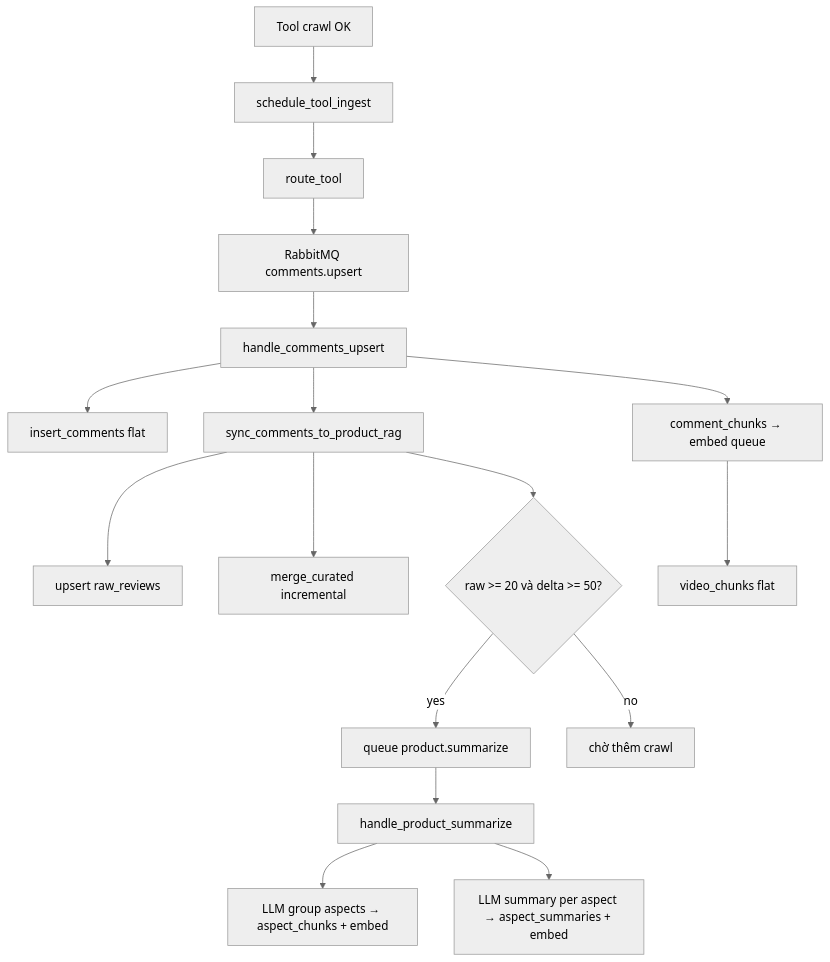
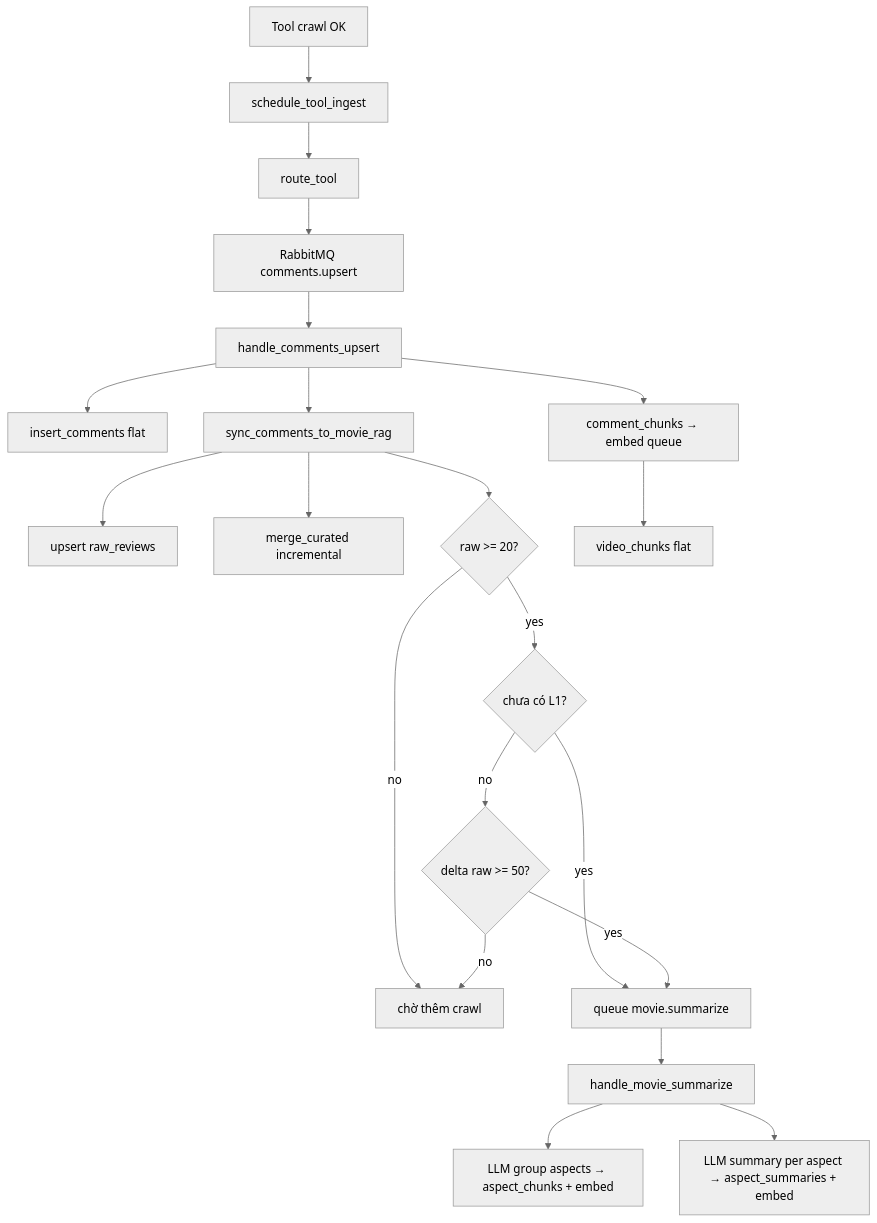
The second of 2 diagrams in docs/RAG-GUIDE.md (himmler0225/ai-layer), drawn with Mermaid (neutral theme) before and after one commit. The commit also changed other lines of this file and 51 other files, not shown here.

````diff
--- a/docs/RAG-GUIDE.md
+++ b/docs/RAG-GUIDE.md
@@ -99,19 +124,23 @@
 ```mermaid
 flowchart TD
     A[Tool crawl OK] --> B[schedule_tool_ingest]
     B --> C[route_tool]
     C --> D[RabbitMQ comments.upsert]
     D --> E[handle_comments_upsert]
     E --> F[insert_comments flat]
-    E --> G[sync_comments_to_product_rag]
+    E --> G[sync_comments_to_movie_rag]
     G --> H[upsert raw_reviews]
     G --> I[merge_curated incremental]
-    G --> J{raw >= 20 và delta >= 50?}
-    J -->|yes| K[queue product.summarize]
+    G --> J{raw >= 20?}
     J -->|no| L[chờ thêm crawl]
-    K --> M[handle_product_summarize]
+    J -->|yes| J2{chưa có L1?}
+    J2 -->|yes| K[queue movie.summarize]
+    J2 -->|no| J3{delta raw >= 50?}
+    J3 -->|yes| K
+    J3 -->|no| L
+    K --> M[handle_movie_summarize]
     M --> N[LLM group aspects → aspect_chunks + embed]
     M --> O[LLM summary per aspect → aspect_summaries + embed]
     E --> P[comment_chunks → embed queue]
     P --> Q[video_chunks flat]
 ```
````
